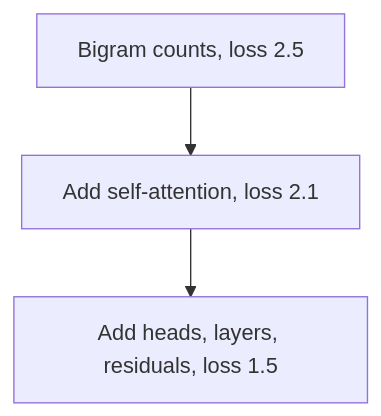
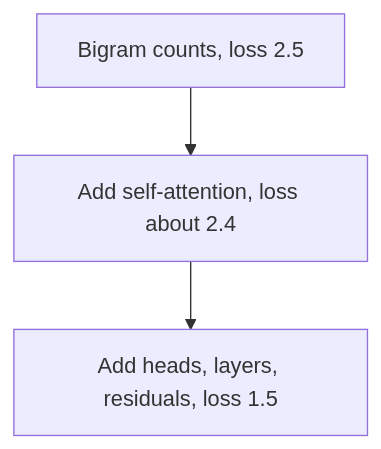
Before and after one commit to pravnyadv/dev-essentials: the first of 15 diagrams in site/authored/ai/model-internals.md, drawn with Mermaid. The commit also changed other lines of this file and 66 other files, not shown here.

````diff
--- a/site/authored/ai/model-internals.md
+++ b/site/authored/ai/model-internals.md
@@ -16,5 +16,5 @@
 ```mermaid Each step adds one piece, and the loss falls
 flowchart TD
-  A[Bigram counts, loss 2.5] --> B[Add self-attention, loss 2.1]
+  A[Bigram counts, loss 2.5] --> B[Add self-attention, loss about 2.4]
   B --> C[Add heads, layers, residuals, loss 1.5]
 ```
````
